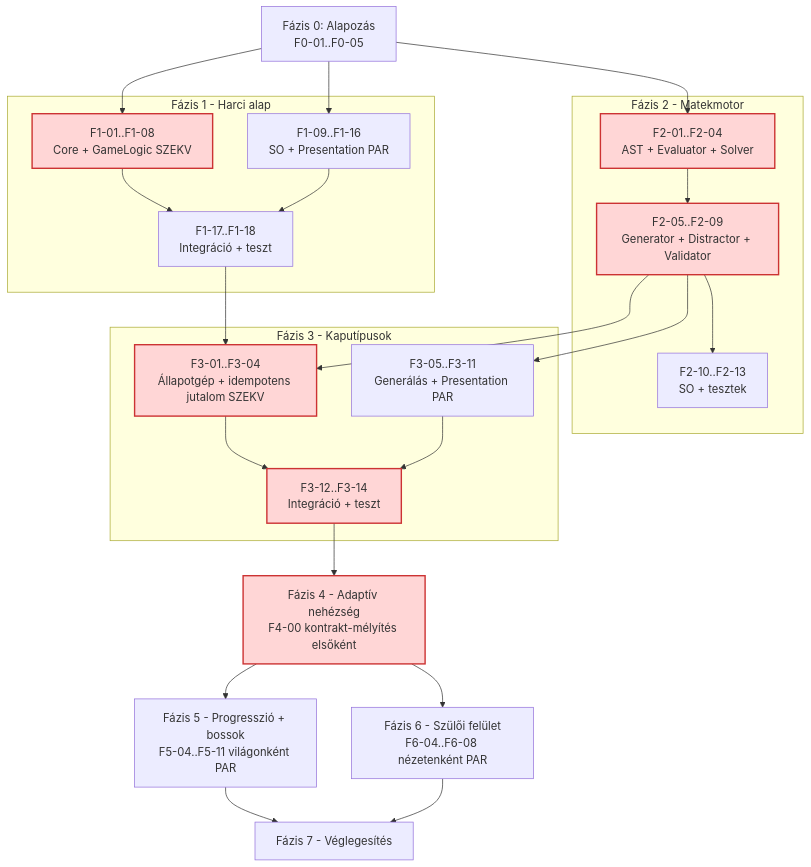
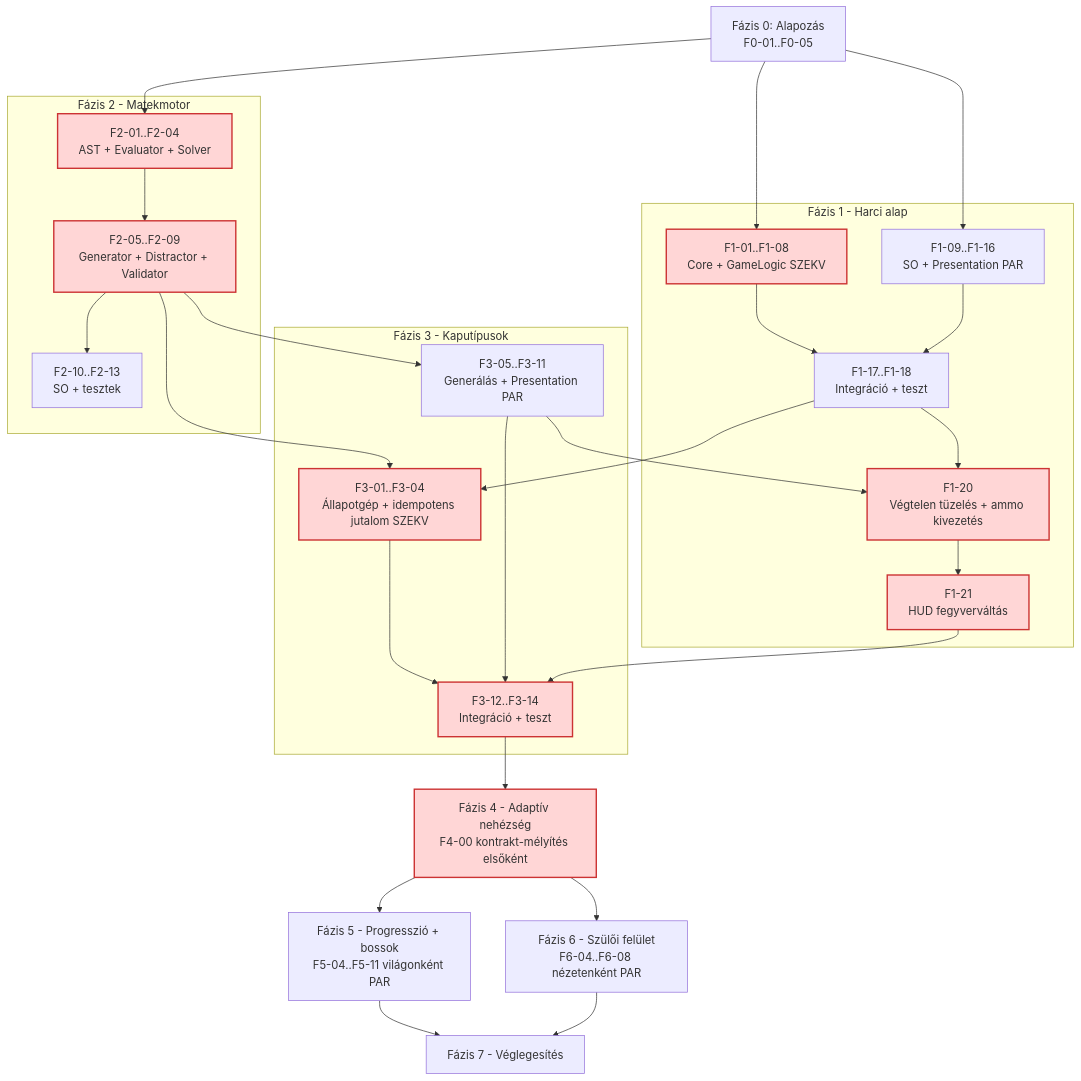
One commit to kmarkodotnet/mathwars changed the diagram in docs/backlog.md. Above: the diagram before and after it, drawn with Mermaid. The commit also changed other lines of this file and 30 other files, not shown here.

````diff
--- a/docs/backlog.md
+++ b/docs/backlog.md
@@ -155,47 +157,52 @@
 ```mermaid
 graph TD
   F0[Fázis 0: Alapozás<br/>F0-01..F0-05]
 
   subgraph P1[Fázis 1 - Harci alap]
     F1Core[F1-01..F1-08<br/>Core + GameLogic SZEKV]
     F1Pres[F1-09..F1-16<br/>SO + Presentation PAR]
     F1Int[F1-17..F1-18<br/>Integráció + teszt]
+    F1Ammo[F1-20<br/>Végtelen tüzelés + ammo kivezetés]
+    F1Weapon[F1-21<br/>HUD fegyverváltás]
   end
 
   subgraph P2[Fázis 2 - Matekmotor]
     F2A[F2-01..F2-04<br/>AST + Evaluator + Solver]
     F2B[F2-05..F2-09<br/>Generator + Distractor + Validator]
     F2C[F2-10..F2-13<br/>SO + tesztek]
   end
 
   subgraph P3[Fázis 3 - Kaputípusok]
     F3A[F3-01..F3-04<br/>Állapotgép + idempotens jutalom SZEKV]
     F3B[F3-05..F3-11<br/>Generálás + Presentation PAR]
     F3C[F3-12..F3-14<br/>Integráció + teszt]
   end
 
   F4[Fázis 4 - Adaptív nehézség<br/>F4-00 kontrakt-mélyítés elsőként]
   F5[Fázis 5 - Progresszió + bossok<br/>F5-04..F5-11 világonként PAR]
   F6[Fázis 6 - Szülői felület<br/>F6-04..F6-08 nézetenként PAR]
   F7[Fázis 7 - Véglegesítés]
 
   F0 --> F1Core
   F0 --> F2A
   F1Core --> F1Int
   F1Pres --> F1Int
   F0 --> F1Pres
   F2A --> F2B --> F2C
   F1Int --> F3A
   F2B --> F3A
   F3A --> F3C
   F2B --> F3B
   F3B --> F3C
+  F1Int --> F1Ammo
+  F3B --> F1Ammo
+  F1Ammo --> F1Weapon --> F3C
   F3C --> F4
   F4 --> F5
   F4 --> F6
   F5 --> F7
   F6 --> F7
 
   classDef crit fill:#ffd6d6,stroke:#c33,stroke-width:2px;
-  class F1Core,F2A,F2B,F3A,F3C,F4 crit;
+  class F1Core,F2A,F2B,F3A,F1Ammo,F1Weapon,F3C,F4 crit;
 ```
````
